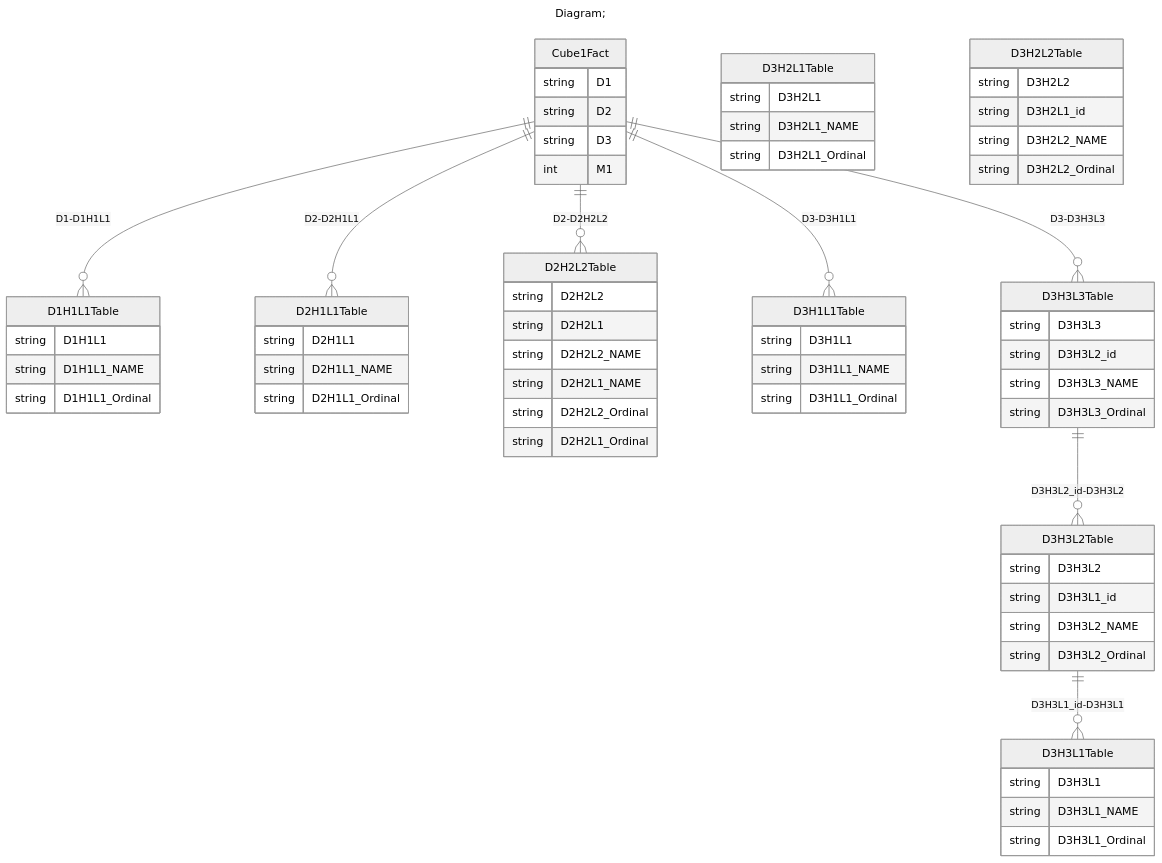
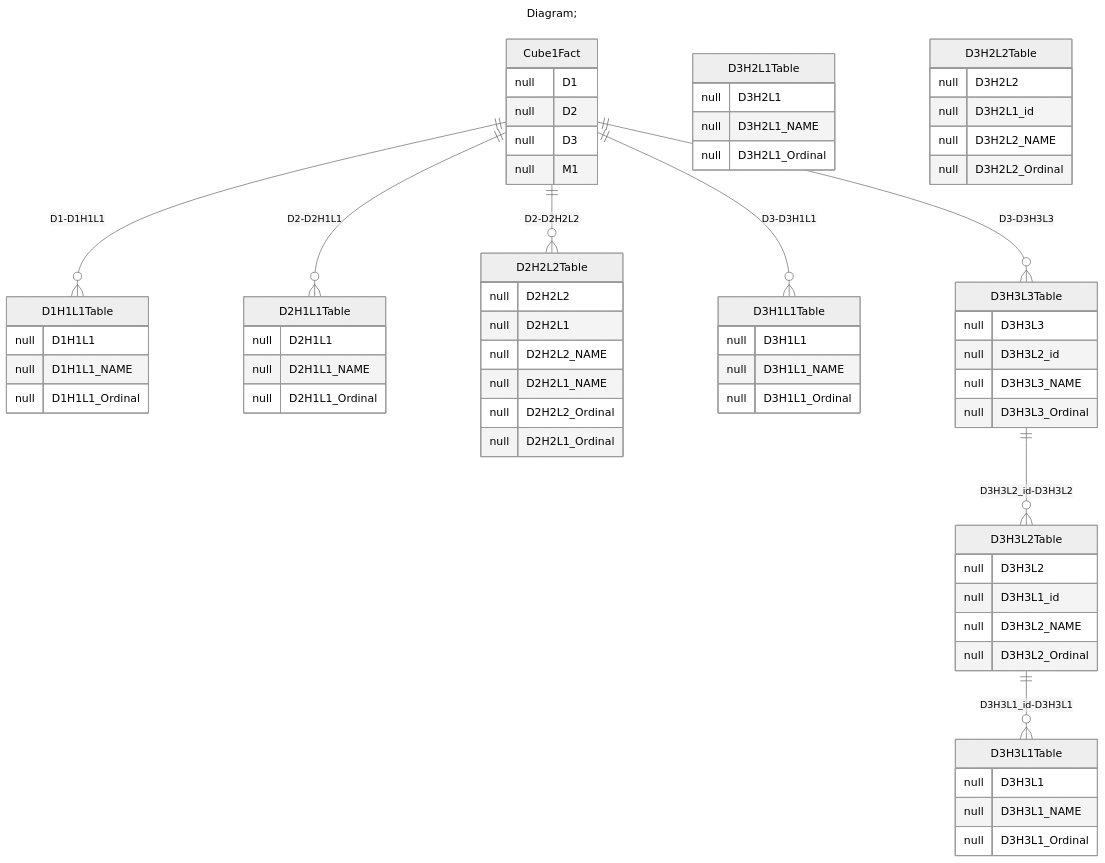
The third of 3 diagrams in demo/server/catalogs/complex_ExpressiveNames/README.MD (xmla-services/workground), drawn with Mermaid (neutral theme) before and after one commit. The commit also changed other lines of this file and 39 other files, not shown here.

````diff
--- a/demo/server/catalogs/complex_ExpressiveNames/README.MD
+++ b/demo/server/catalogs/complex_ExpressiveNames/README.MD
@@ -196,71 +196,71 @@
 ```mermaid
 ---
 title: Diagram;
 ---
 erDiagram
 Cube1Fact{
-string D1
-string D2
-string D3
-int M1
+null D1
+null D2
+null D3
+null M1
 }
 D1H1L1Table{
-string D1H1L1
-string D1H1L1_NAME
-string D1H1L1_Ordinal
+null D1H1L1
+null D1H1L1_NAME
+null D1H1L1_Ordinal
 }
 D2H1L1Table{
-string D2H1L1
-string D2H1L1_NAME
-string D2H1L1_Ordinal
+null D2H1L1
+null D2H1L1_NAME
+null D2H1L1_Ordinal
 }
 D2H2L2Table{
-string D2H2L2
-string D2H2L1
-string D2H2L2_NAME
-string D2H2L1_NAME
-string D2H2L2_Ordinal
-string D2H2L1_Ordinal
+null D2H2L2
+null D2H2L1
+null D2H2L2_NAME
+null D2H2L1_NAME
+null D2H2L2_Ordinal
+null D2H2L1_Ordinal
 }
 D3H1L1Table{
-string D3H1L1
-string D3H1L1_NAME
-string D3H1L1_Ordinal
+null D3H1L1
+null D3H1L1_NAME
+null D3H1L1_Ordinal
 }
 D3H2L1Table{
-string D3H2L1
-string D3H2L1_NAME
-string D3H2L1_Ordinal
+null D3H2L1
+null D3H2L1_NAME
+null D3H2L1_Ordinal
 }
 D3H2L2Table{
-string D3H2L2
-string D3H2L1_id
-string D3H2L2_NAME
-string D3H2L2_Ordinal
+null D3H2L2
+null D3H2L1_id
+null D3H2L2_NAME
+null D3H2L2_Ordinal
 }
 D3H3L1Table{
-string D3H3L1
-string D3H3L1_NAME
-string D3H3L1_Ordinal
+null D3H3L1
+null D3H3L1_NAME
+null D3H3L1_Ordinal
 }
 D3H3L2Table{
-string D3H3L2
-string D3H3L1_id
-string D3H3L2_NAME
-string D3H3L2_Ordinal
+null D3H3L2
+null D3H3L1_id
+null D3H3L2_NAME
+null D3H3L2_Ordinal
 }
 D3H3L3Table{
-string D3H3L3
-string D3H3L2_id
-string D3H3L3_NAME
-string D3H3L3_Ordinal
+null D3H3L3
+null D3H3L2_id
+null D3H3L3_NAME
+null D3H3L3_Ordinal
 }
 
 "Cube1Fact" ||--o{ "D1H1L1Table" : "D1-D1H1L1"
 "Cube1Fact" ||--o{ "D2H1L1Table" : "D2-D2H1L1"
 "Cube1Fact" ||--o{ "D2H2L2Table" : "D2-D2H2L2"
 "Cube1Fact" ||--o{ "D3H1L1Table" : "D3-D3H1L1"
 "Cube1Fact" ||--o{ "D3H3L3Table" : "D3-D3H3L3"
 "D3H3L3Table" ||--o{ "D3H3L2Table" : "D3H3L2_id-D3H3L2"
 "D3H3L2Table" ||--o{ "D3H3L1Table" : "D3H3L1_id-D3H3L1"
 ```
````
